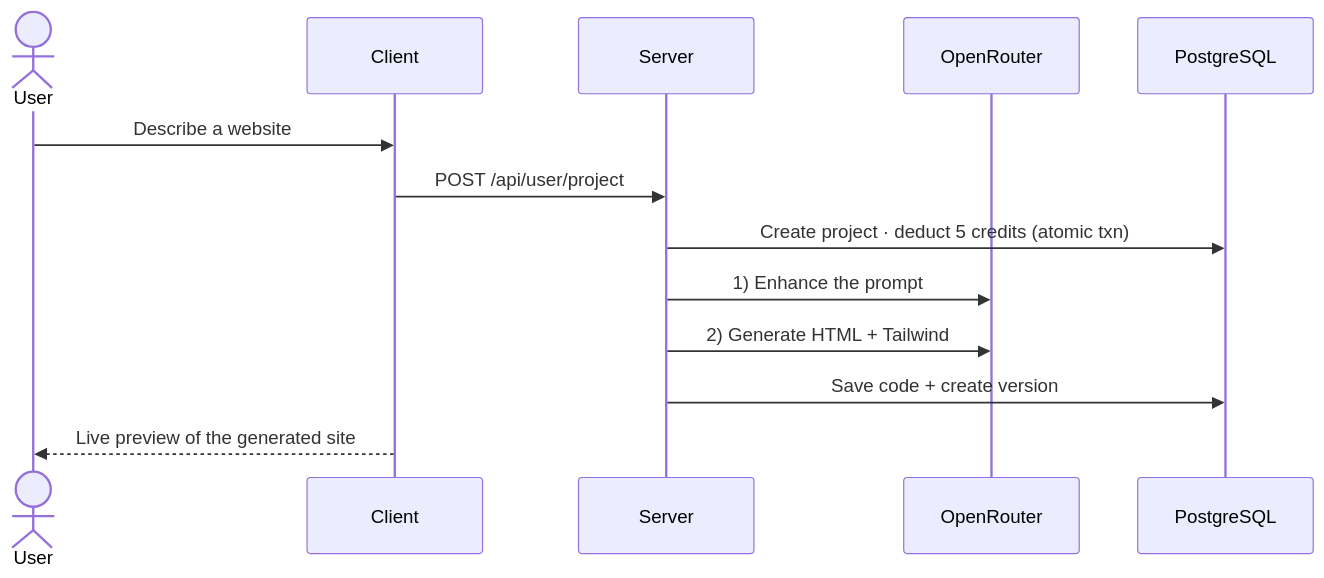
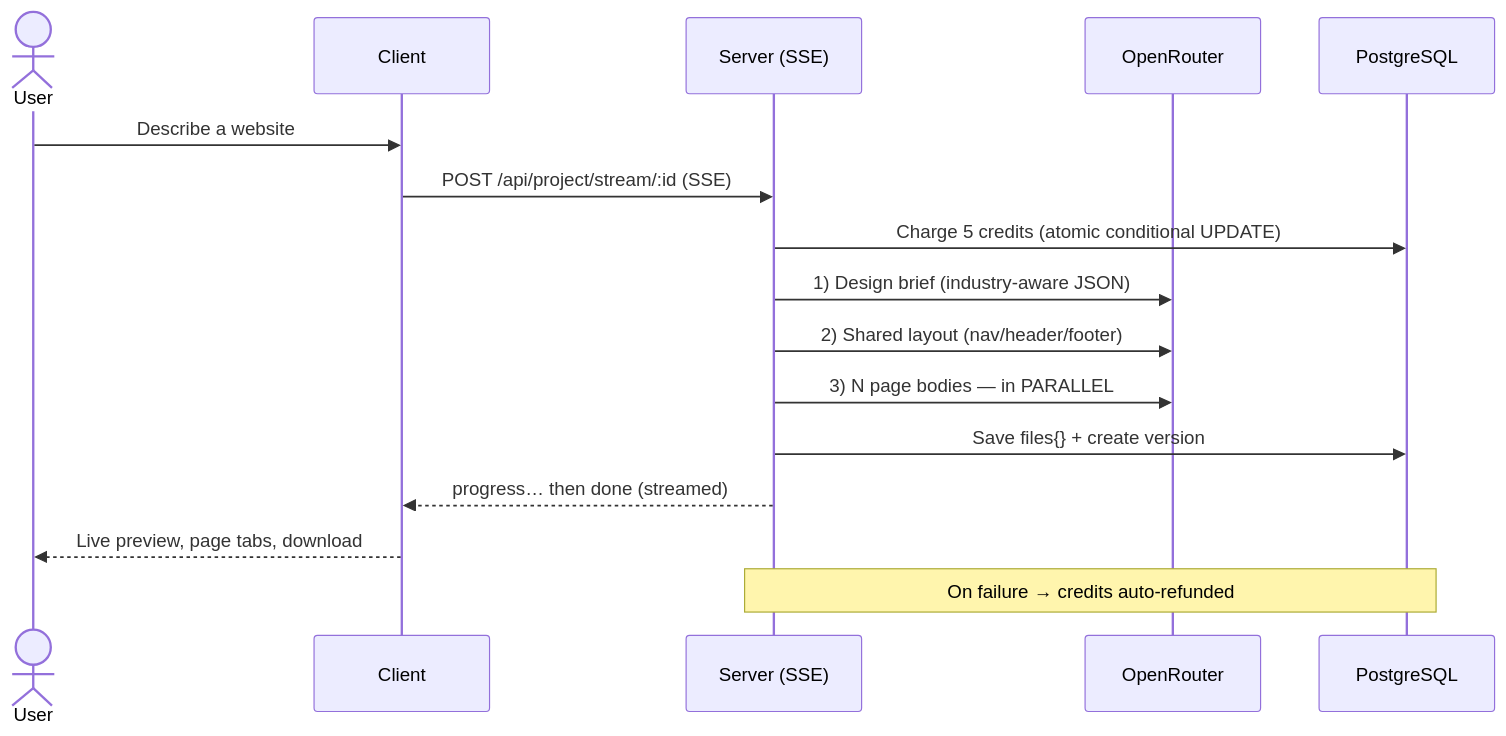
Before and after one commit to Prathamesh51-debug/GenSite: the second of 2 diagrams in README.md, drawn with Mermaid. The commit also changed other lines of this file and 2 other files, not shown here.

First line of the commit message:
docs: rewrite README and add architecture + scaling notes

````diff
--- a/README.md
+++ b/README.md
@@ -69,16 +58,19 @@
 ```mermaid
 sequenceDiagram
     actor User
     participant FE as Client
-    participant API as Server
+    participant API as Server (SSE)
     participant AI as OpenRouter
     participant DB as PostgreSQL
 
     User->>FE: Describe a website
-    FE->>API: POST /api/user/project
-    API->>DB: Create project · deduct 5 credits (atomic txn)
-    API->>AI: 1) Enhance the prompt
-    API->>AI: 2) Generate HTML + Tailwind
-    API->>DB: Save code + create version
-    FE-->>User: Live preview of the generated site
+    FE->>API: POST /api/project/stream/:id (SSE)
+    API->>DB: Charge 5 credits (atomic conditional UPDATE)
+    API->>AI: 1) Design brief (industry-aware JSON)
+    API->>AI: 2) Shared layout (nav/header/footer)
+    API->>AI: 3) N page bodies — in PARALLEL
+    API->>DB: Save files{} + create version
+    API-->>FE: progress… then done (streamed)
+    FE-->>User: Live preview, page tabs, download
+    note over API,DB: On failure → credits auto-refunded
 ```
````
